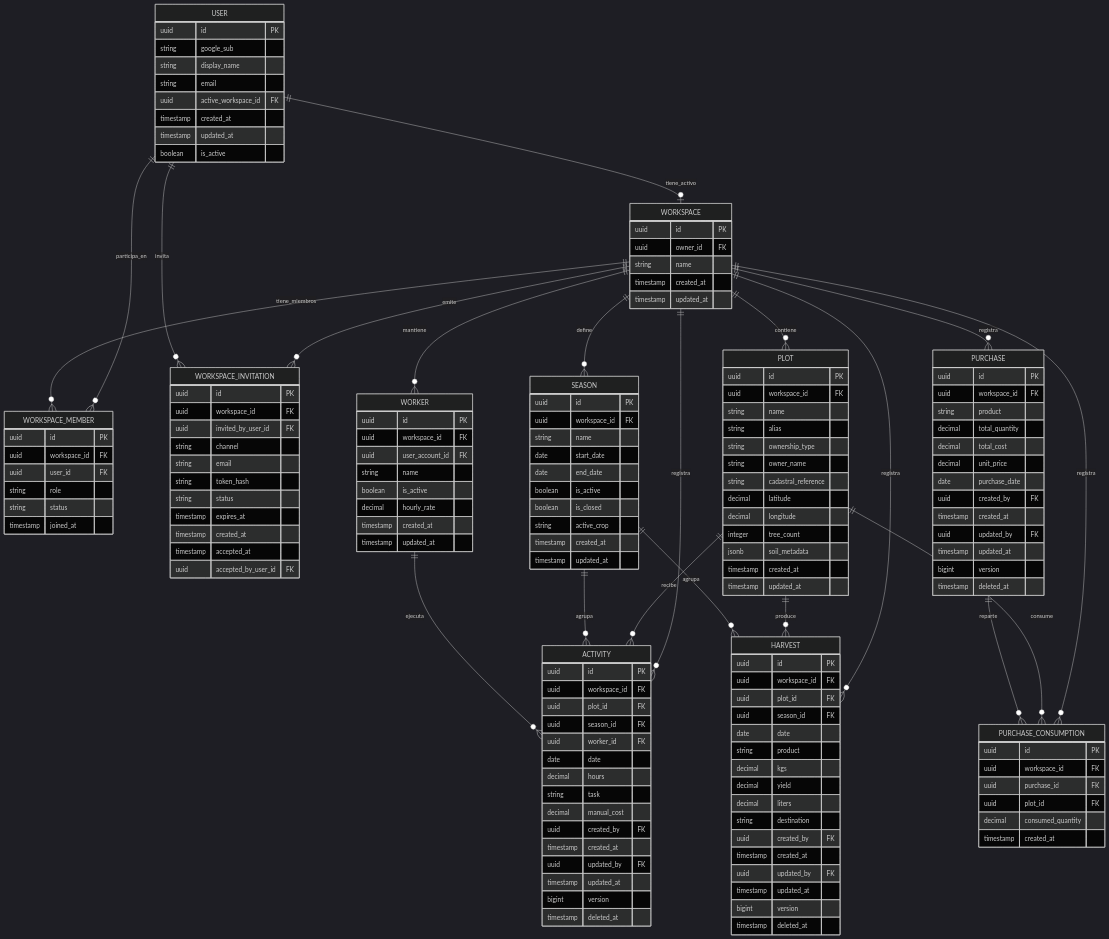
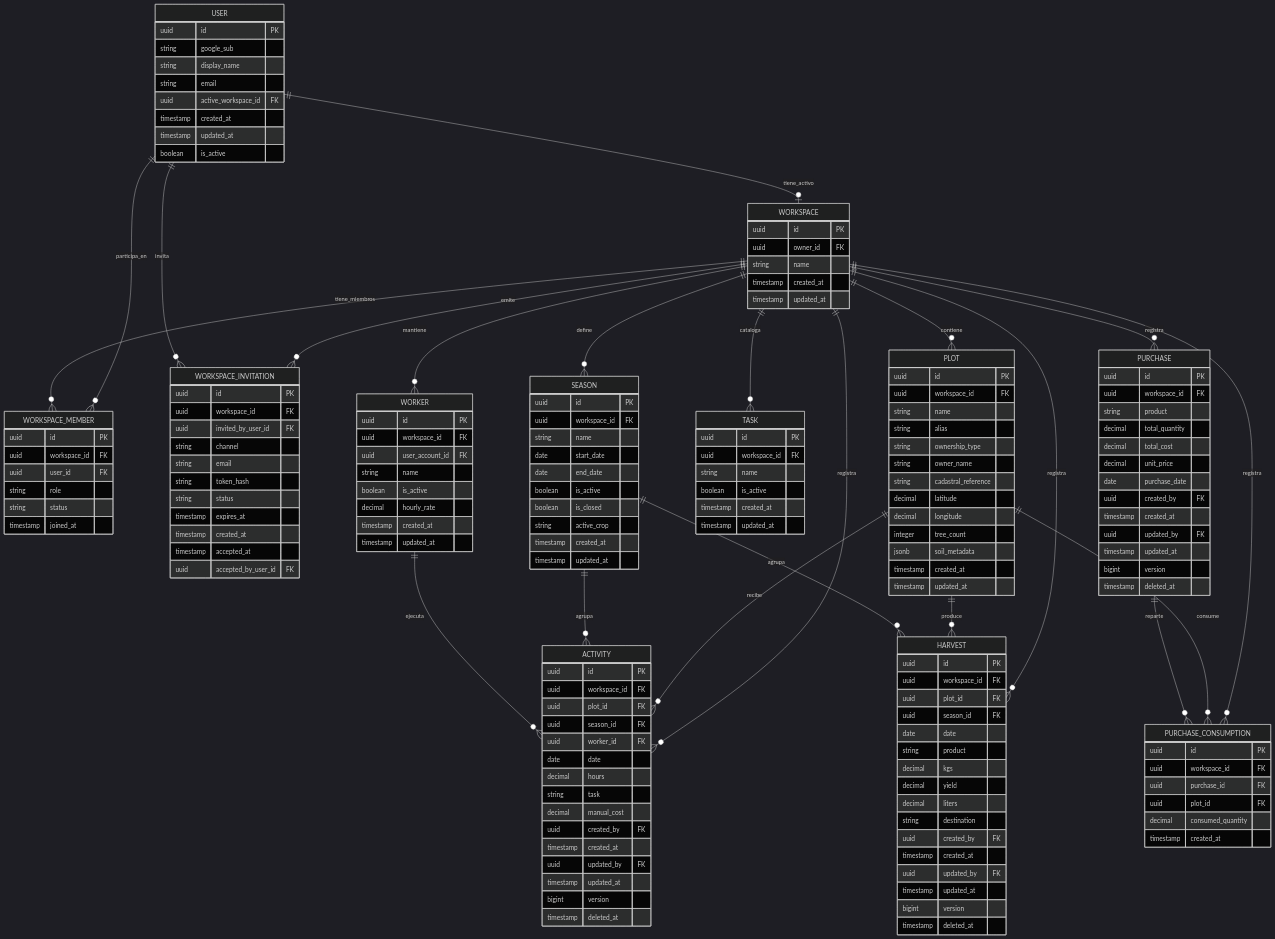
One commit to AndresGilabert/terrenario changed the diagram in docs/02-arquitectura/modelo-de-datos.md. Above: the diagram before and after it, drawn with Mermaid (dark theme). The commit also changed other lines of this file and 30 other files, not shown here.

```diff
--- a/docs/02-arquitectura/modelo-de-datos.md
+++ b/docs/02-arquitectura/modelo-de-datos.md
@@ -83,6 +83,15 @@
         decimal longitude
         integer tree_count
         jsonb soil_metadata
+        timestamp created_at
+        timestamp updated_at
+    }
+
+    TASK {
+        uuid id PK
+        uuid workspace_id FK
+        string name
+        boolean is_active
         timestamp created_at
         timestamp updated_at
     }
@@ -170,6 +179,7 @@
     WORKSPACE ||--o{ WORKER : mantiene
     WORKSPACE ||--o{ PLOT : contiene
     WORKSPACE ||--o{ SEASON : define
+    WORKSPACE ||--o{ TASK : cataloga
     WORKSPACE ||--o{ HARVEST : registra
     WORKSPACE ||--o{ ACTIVITY : registra
     WORKSPACE ||--o{ PURCHASE : registra
```
